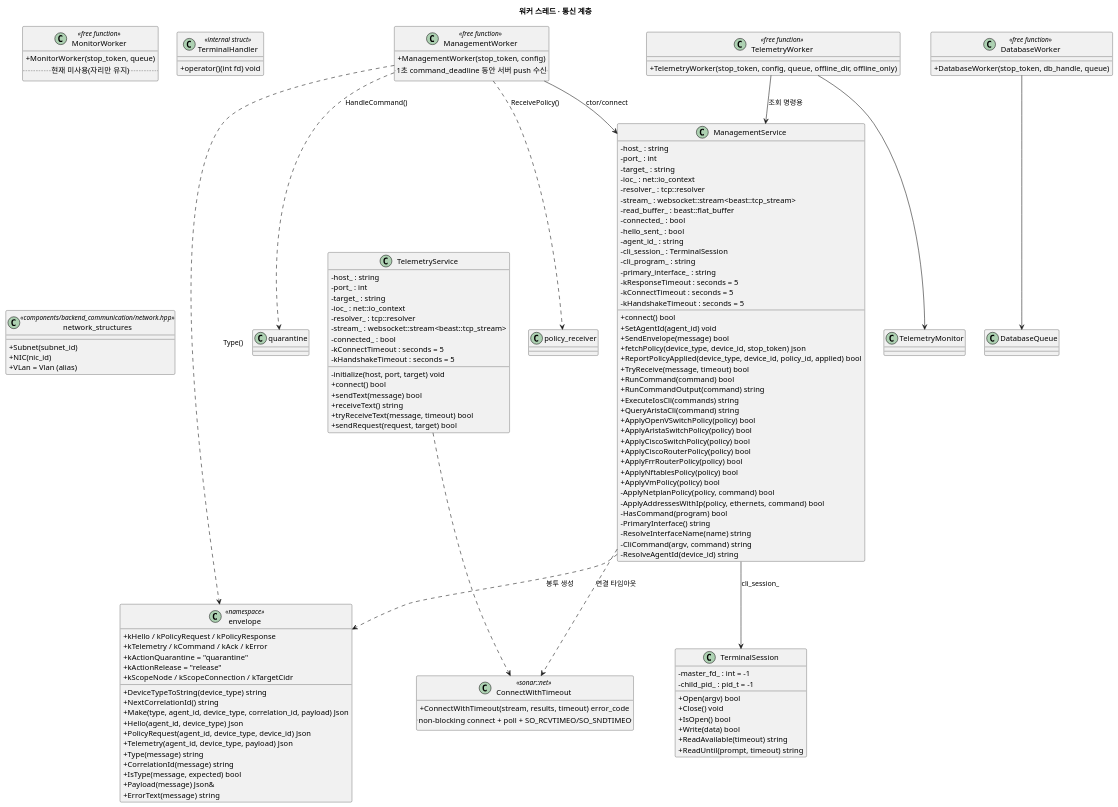
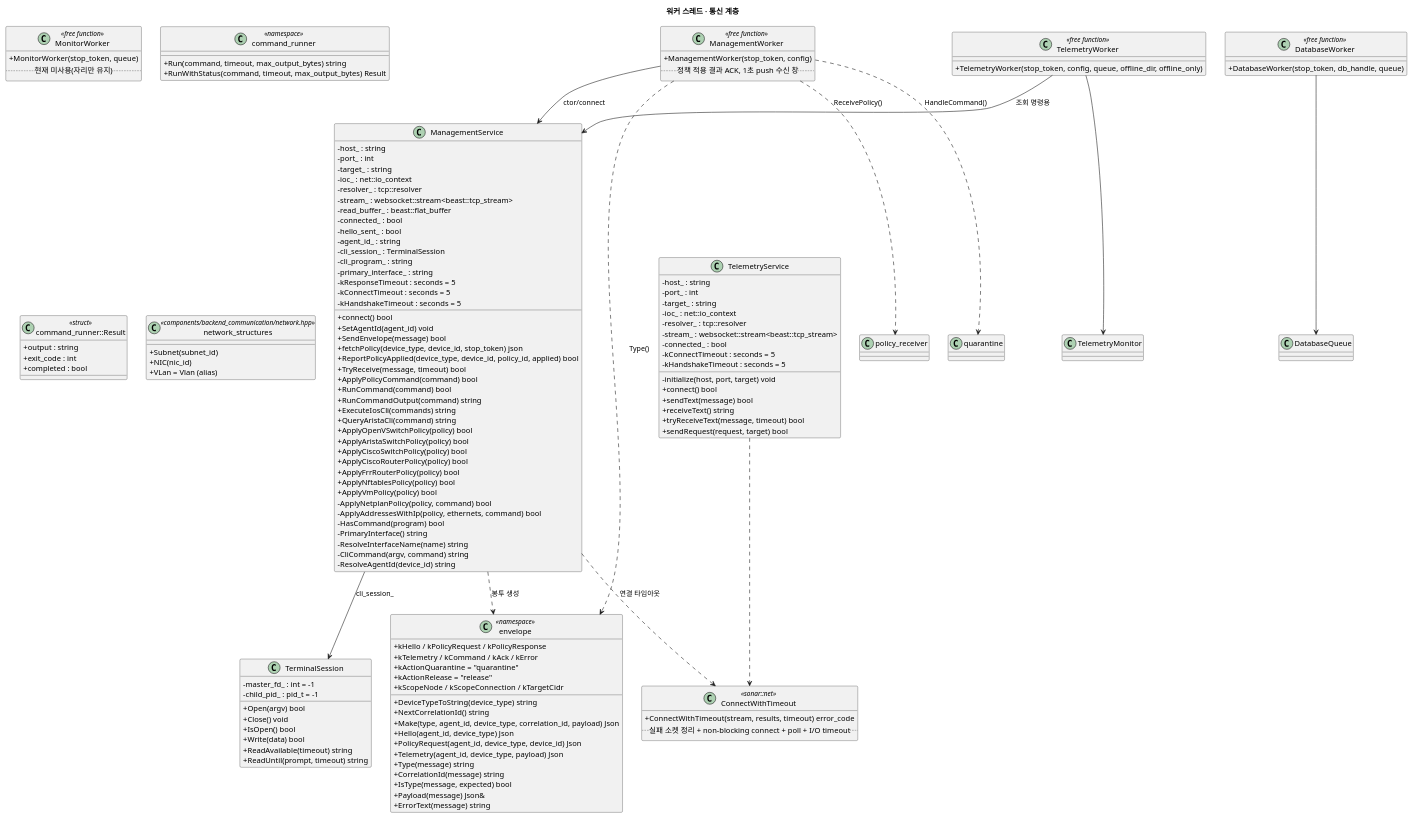
Before and after one commit to wayfarer6/SonarValidator: the third of 8 diagrams in AGENT_CLASS_DIAGRAM.md, drawn with PlantUML. The commit also changed other lines of this file and 85 other files, not shown here.

```diff
--- a/AGENT_CLASS_DIAGRAM.md
+++ b/AGENT_CLASS_DIAGRAM.md
@@ -215,7 +230,7 @@
 
 class ManagementWorker <<free function>> {
   + ManagementWorker(stop_token, config)
-  .. 1초 command_deadline 동안 서버 push 수신 ..
+  .. 정책 적용 결과 ACK, 1초 push 수신 창 ..
 }
 
 class TelemetryWorker <<free function>> {
@@ -254,6 +269,7 @@
   + fetchPolicy(device_type, device_id, stop_token) json
   + ReportPolicyApplied(device_type, device_id, policy_id, applied) bool
   + TryReceive(message, timeout) bool
+  + ApplyPolicyCommand(command) bool
   + RunCommand(command) bool
   + RunCommandOutput(command) string
   + ExecuteIosCli(commands) string
@@ -274,8 +290,15 @@
   - ResolveAgentId(device_id) string
 }
 
-class TerminalHandler <<internal struct>> {
-  + operator()(int fd) void
+class command_runner <<namespace>> {
+  + Run(command, timeout, max_output_bytes) string
+  + RunWithStatus(command, timeout, max_output_bytes) Result
+}
+
+class "command_runner::Result" as CommandResult <<struct>> {
+  + output : string
+  + exit_code : int
+  + completed : bool
 }
 
 class TelemetryService {
@@ -309,7 +332,7 @@
 
 class ConnectWithTimeout <<sonar::net>> {
   + ConnectWithTimeout(stream, results, timeout) error_code
-  .. non-blocking connect + poll + SO_RCVTIMEO/SO_SNDTIMEO ..
+  .. 실패 소켓 정리 + non-blocking connect + poll + I/O timeout ..
 }
 
 class envelope <<namespace>> {
```
